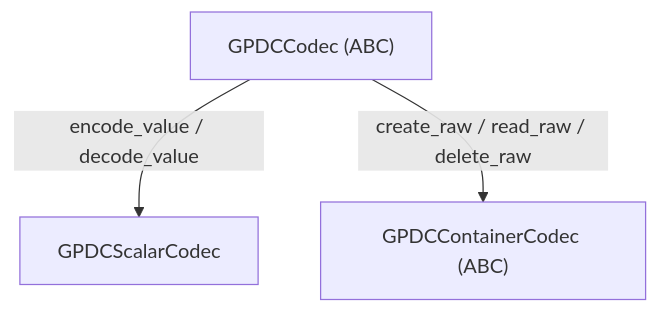
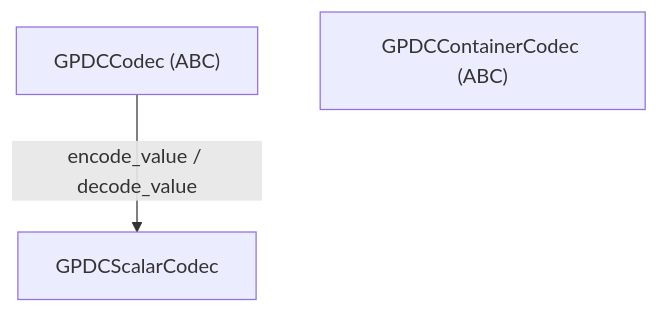
Before and after one commit to LinnetCodes/gpdatacached: the third of 4 diagrams in docs/en/extensibility.md, drawn with Mermaid. The commit also changed other lines of this file and 23 other files, not shown here.

````diff
--- a/docs/en/extensibility.md
+++ b/docs/en/extensibility.md
@@ -91,8 +91,7 @@
 ```mermaid
 graph TD
     C0["GPDCCodec (ABC)"]
     C1["GPDCScalarCodec"]
     C2["GPDCContainerCodec (ABC)"]
     C0 -->|encode_value / decode_value| C1
-    C0 -->|create_raw / read_raw / delete_raw| C2
 ```
````
